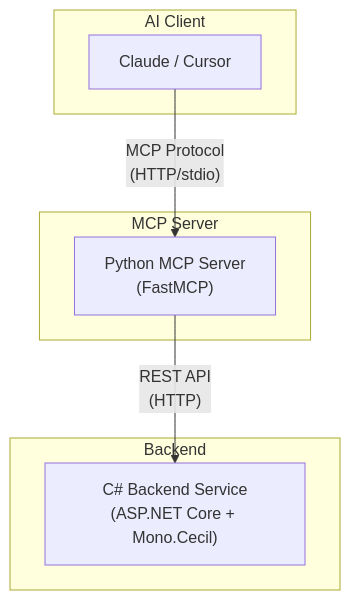
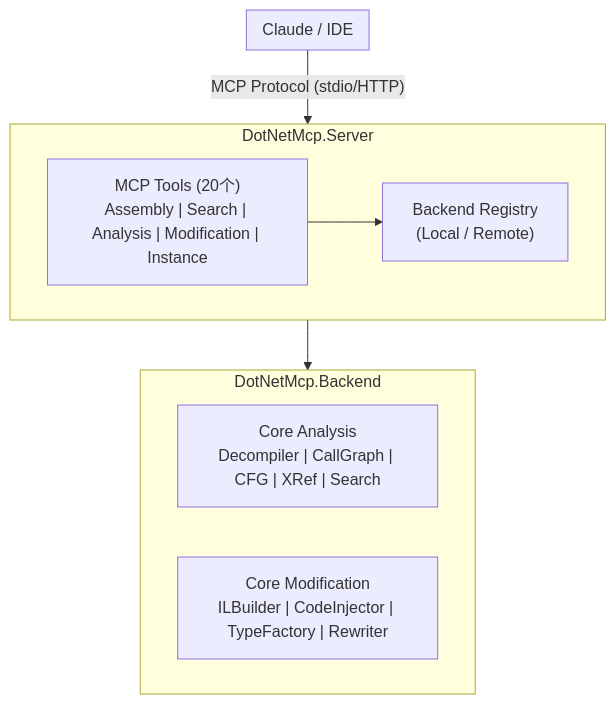
Before and after one commit to xjoker/DotNetMCP: the diagram in README.md, drawn with Mermaid. The commit also changed other lines of this file and 189 other files, not shown here.

````diff
--- a/README.md
+++ b/README.md
@@ -11,17 +21,20 @@
 ```mermaid
-graph TB
-    subgraph "AI Client"
-        A["Claude / Cursor"]
+flowchart TB
+    subgraph Client["Claude / IDE"]
     end
-    
-    subgraph "MCP Server"
-        B["Python MCP Server<br/>(FastMCP)"]
+
+    Client -->|"MCP Protocol (stdio/HTTP)"| Server
+
+    subgraph Server["DotNetMcp.Server"]
+        Tools["MCP Tools (20个)<br/>Assembly | Search | Analysis | Modification | Instance"]
+        Registry["Backend Registry<br/>(Local / Remote)"]
+        Tools --> Registry
     end
-    
-    subgraph "Backend"
-        C["C# Backend Service<br/>(ASP.NET Core + Mono.Cecil)"]
+
+    Server --> Backend
+
+    subgraph Backend["DotNetMcp.Backend"]
+        Analysis["Core Analysis<br/>Decompiler | CallGraph | CFG | XRef | Search"]
+        Modification["Core Modification<br/>ILBuilder | CodeInjector | TypeFactory | Rewriter"]
     end
-    
-    A -->|"MCP Protocol<br/>(HTTP/stdio)"| B
-    B -->|"REST API<br/>(HTTP)"| C
 ```
````
